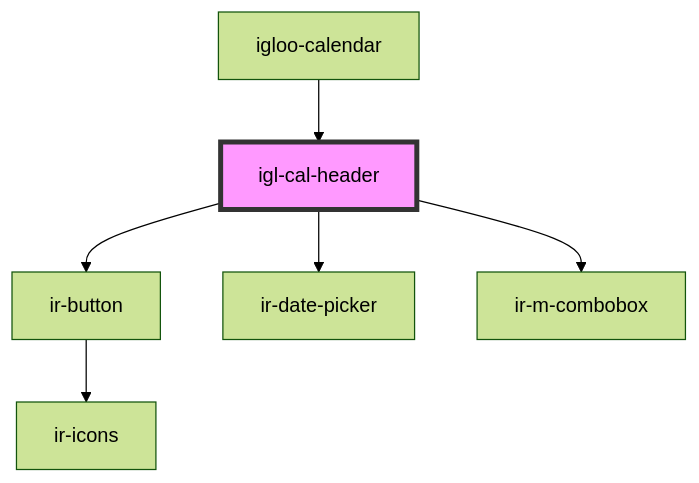
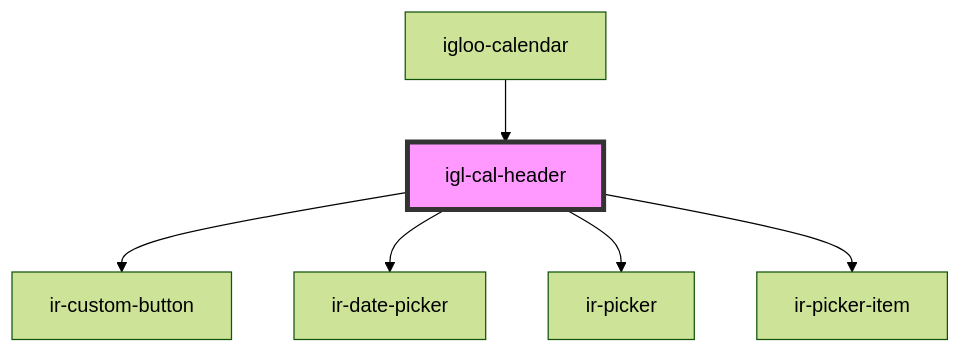
Before and after one commit to RonyRizk/ir-webcmp: the diagram in src/components/igloo-calendar/igl-cal-header/readme.md, drawn with Mermaid (forest theme). The commit also changed other lines of this file and 433 other files, not shown here.

````diff
--- a/src/components/igloo-calendar/igl-cal-header/readme.md
+++ b/src/components/igloo-calendar/igl-cal-header/readme.md
@@ -42,9 +43,9 @@
 ```mermaid
 graph TD;
-  igl-cal-header --> ir-button
+  igl-cal-header --> ir-custom-button
   igl-cal-header --> ir-date-picker
-  igl-cal-header --> ir-m-combobox
-  ir-button --> ir-icons
+  igl-cal-header --> ir-picker
+  igl-cal-header --> ir-picker-item
   igloo-calendar --> igl-cal-header
   style igl-cal-header fill:#f9f,stroke:#333,stroke-width:4px
 ```
````
